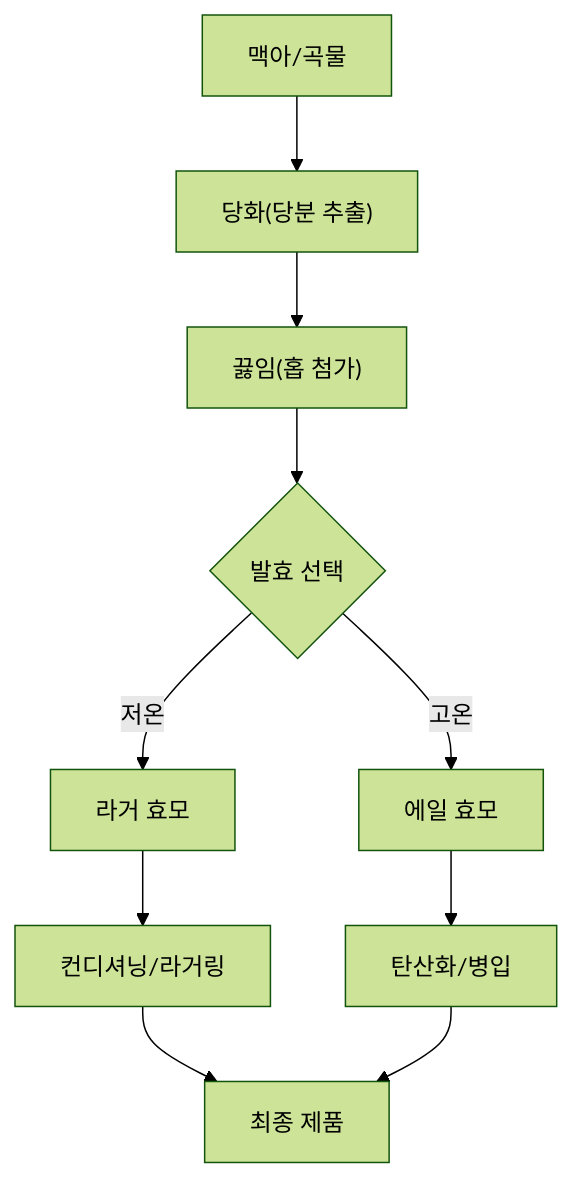
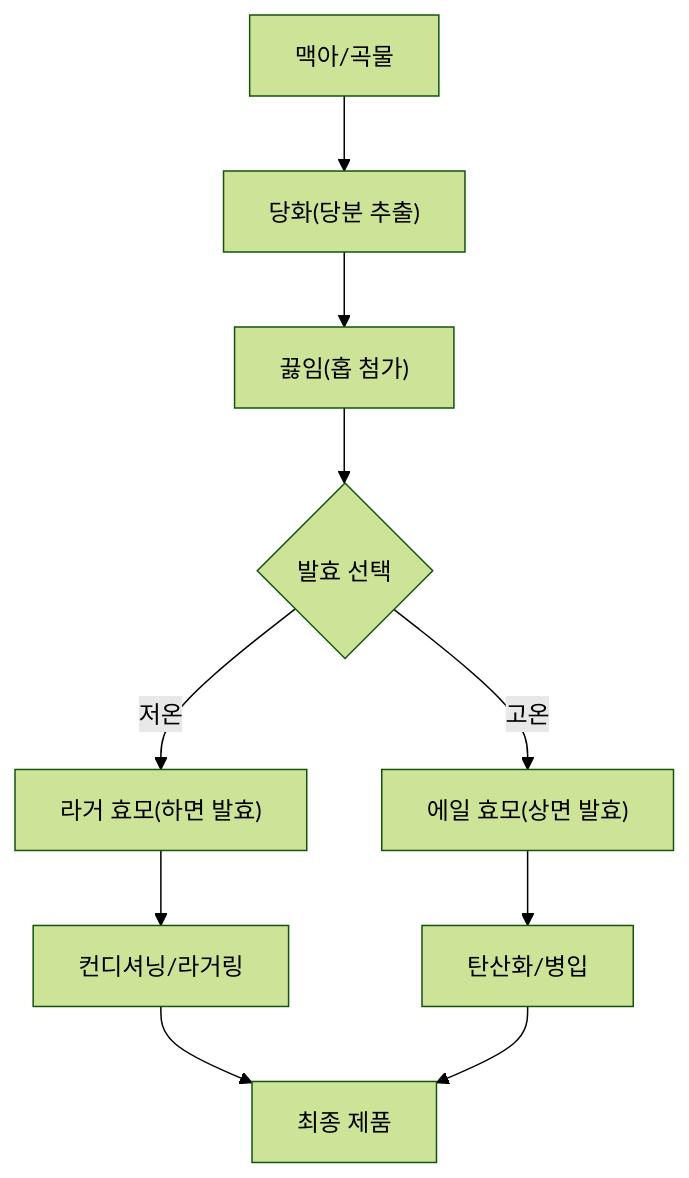
The diagram in _posts/ko/2026-07-18-맥주의-세계-맥주-스타일의-모든-것.md (ethanpark0726/blog_automation), drawn with Mermaid (forest theme) before and after one commit. The commit also changed other lines of this file and 2 other files, not shown here.

````diff
--- a/_posts/ko/2026-07-18-맥주의-세계-맥주-스타일의-모든-것.md
+++ b/_posts/ko/2026-07-18-맥주의-세계-맥주-스타일의-모든-것.md
@@ -62,12 +64,12 @@
 ```mermaid
 graph TD
     A["맥아/곡물"] --> B["당화(당분 추출)"]
     B --> C["끓임(홉 첨가)"]
     C --> D{"발효 선택"}
-    D -->|저온| E["라거 효모"]
-    D -->|고온| F["에일 효모"]
+    D -->|저온| E["라거 효모(하면 발효)"]
+    D -->|고온| F["에일 효모(상면 발효)"]
     E --> G["컨디셔닝/라거링"]
     F --> H["탄산화/병입"]
     G --> I["최종 제품"]
     H --> I
 ```
````
